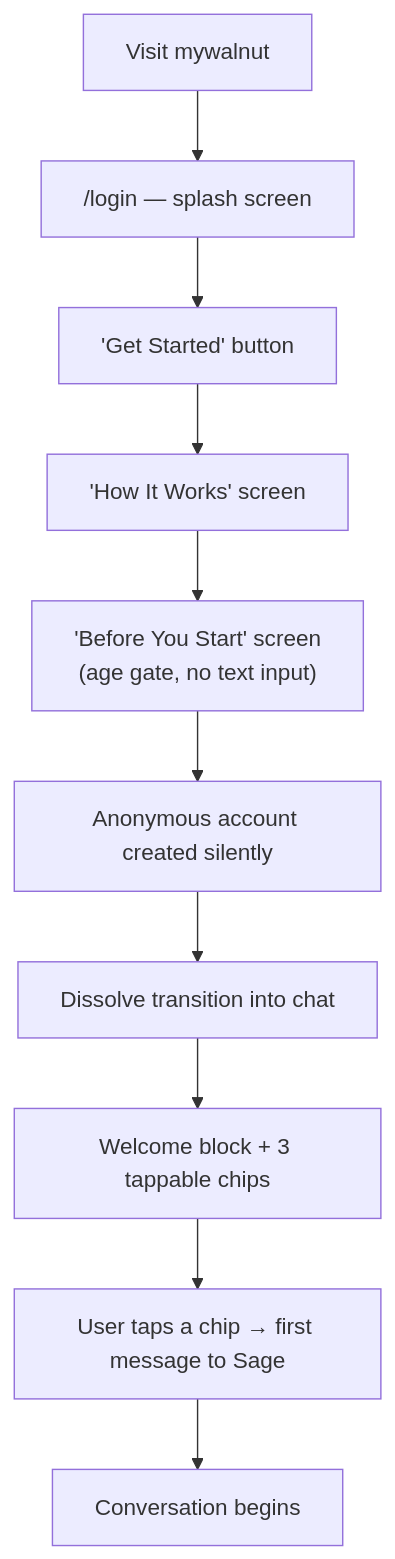
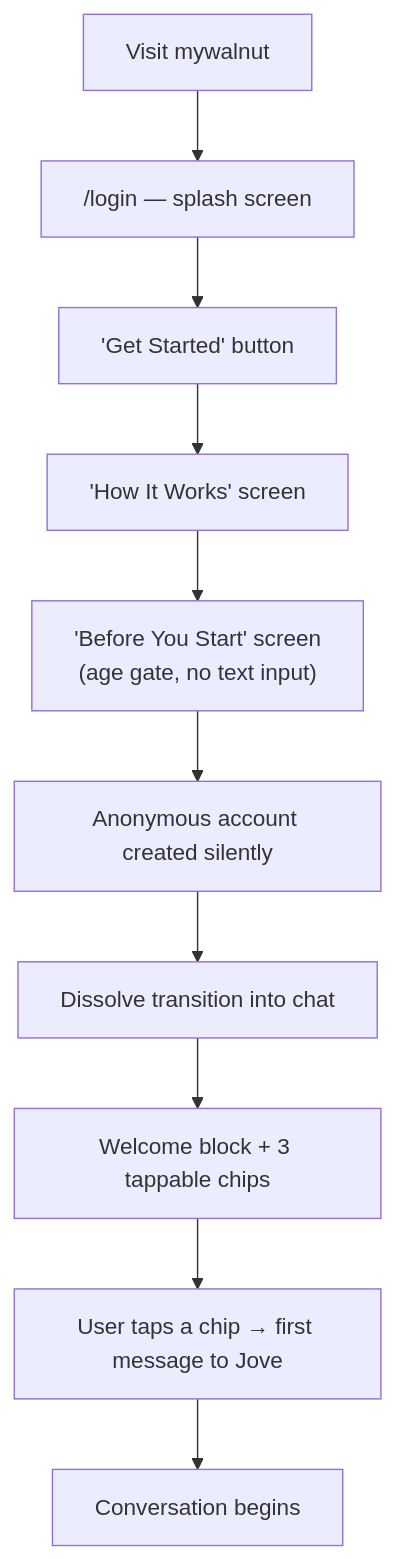
The first of 7 diagrams in .claude/diagrams/user-flows.md (h2onation/mantle), drawn with Mermaid before and after one commit. The commit also changed other lines of this file and 16 other files, not shown here.

````diff
--- a/.claude/diagrams/user-flows.md
+++ b/.claude/diagrams/user-flows.md
@@ -5,12 +5,12 @@
 ```mermaid
 flowchart TD
     A["Visit mywalnut"] --> B["/login — splash screen"]
     B --> C["'Get Started' button"]
     C --> D["'How It Works' screen"]
     D --> E["'Before You Start' screen<br/>(age gate, no text input)"]
     E --> F["Anonymous account created silently"]
     F --> G["Dissolve transition into chat"]
     G --> H["Welcome block + 3 tappable chips"]
-    H --> I["User taps a chip → first message to Sage"]
+    H --> I["User taps a chip → first message to Jove"]
     I --> J["Conversation begins"]
 ```
````
